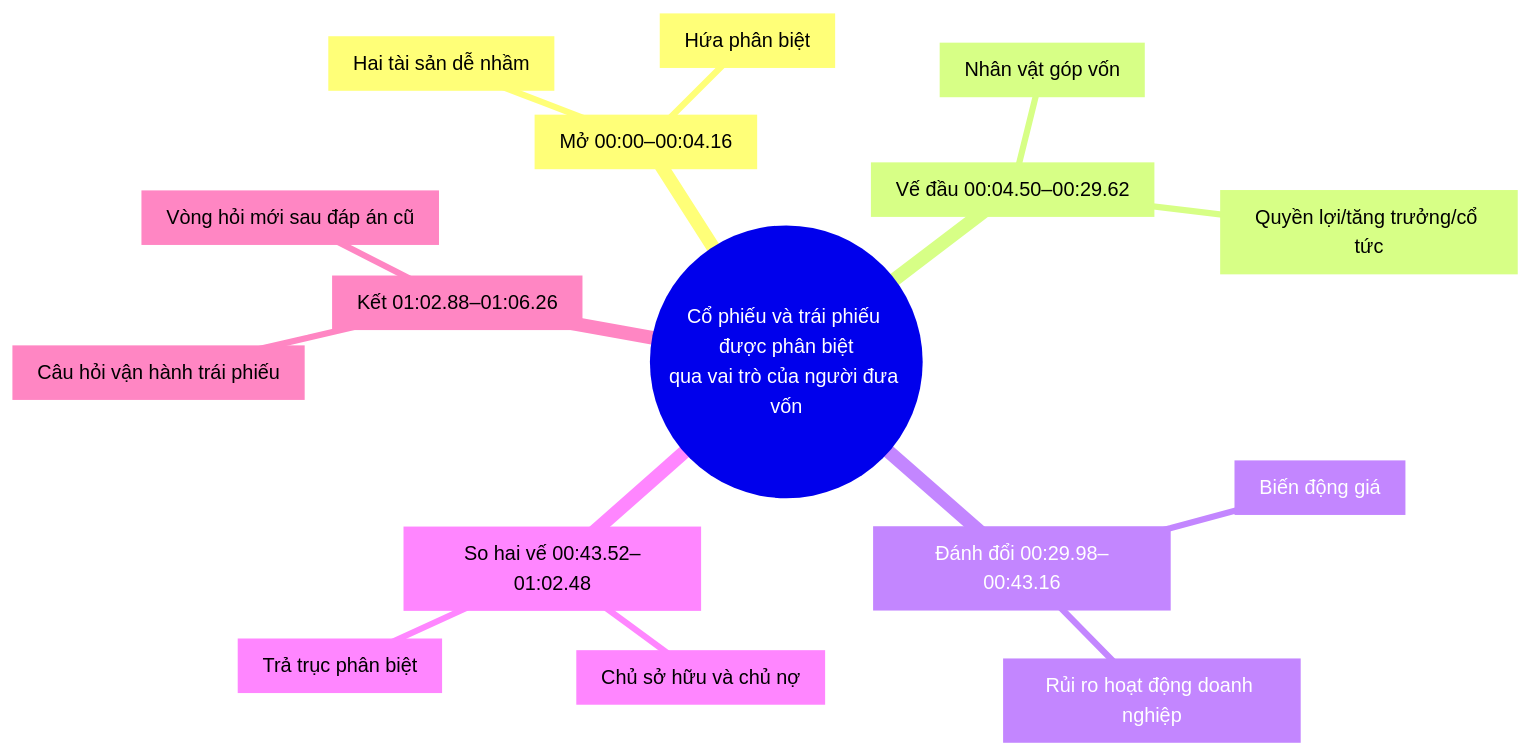
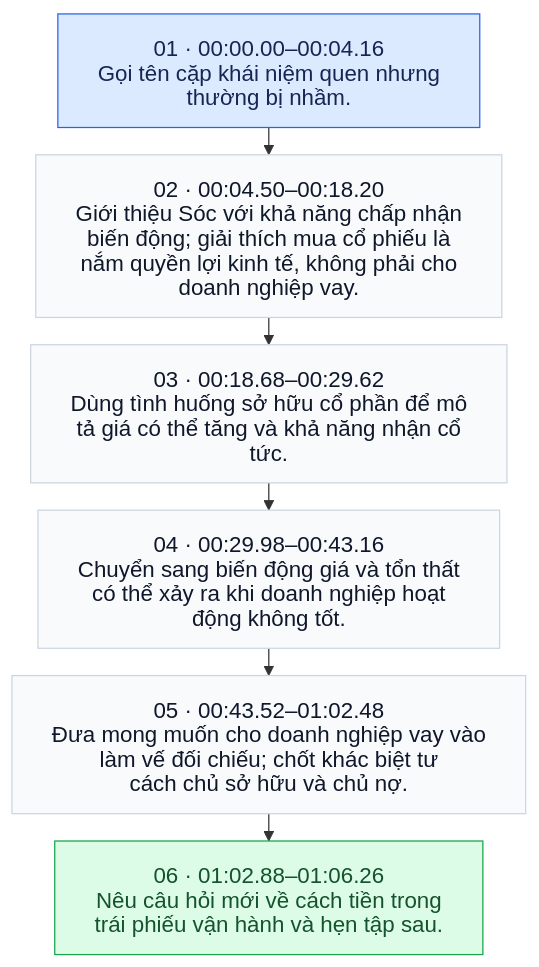
Before and after one commit to vilo0411/hook-script-kit: the diagram in skills/hook-script/references/corpus/cases/7683455896910908690.md, drawn with Mermaid. The commit also changed other lines of this file and 103 other files, not shown here.

Commit message:
Diversify Vietnamese clip sources and replace radial maps with story flows

````diff
--- a/skills/hook-script/references/corpus/cases/7683455896910908690.md
+++ b/skills/hook-script/references/corpus/cases/7683455896910908690.md
@@ -126,19 +17,21 @@
 ```mermaid
-mindmap
-  root((Cổ phiếu và trái phiếu được phân biệt<br/>qua vai trò của người đưa vốn))
-    b0["Mở 00:00–00:04.16"]
-      b0c0["Hai tài sản dễ nhầm"]
-      b0c1["Hứa phân biệt"]
-    b1["Vế đầu 00:04.50–00:29.62"]
-      b1c0["Nhân vật góp vốn"]
-      b1c1["Quyền lợi/tăng trưởng/cổ tức"]
-    b2["Đánh đổi 00:29.98–00:43.16"]
-      b2c0["Biến động giá"]
-      b2c1["Rủi ro hoạt động doanh nghiệp"]
-    b3["So hai vế 00:43.52–01:02.48"]
-      b3c0["Chủ sở hữu và chủ nợ"]
-      b3c1["Trả trục phân biệt"]
-    b4["Kết 01:02.88–01:06.26"]
-      b4c0["Câu hỏi vận hành trái phiếu"]
-      b4c1["Vòng hỏi mới sau đáp án cũ"]
+%%{init: {"htmlLabels": false, "themeVariables": {"fontSize": "18px"}, "flowchart": {"padding": 16, "rankSpacing": 22, "wrappingWidth": 360}}}%%
+flowchart TD
+  n0["01 · 00:00.00–00:04.16<br/>Gọi tên cặp khái niệm quen nhưng<br/>thường bị nhầm."]
+  n1["02 · 00:04.50–00:18.20<br/>Giới thiệu Sóc với khả năng chấp nhận<br/>biến động; giải thích mua cổ phiếu là<br/>nắm quyền lợi kinh tế, không phải cho<br/>doanh nghiệp vay."]
+  n0 --> n1
+  n2["03 · 00:18.68–00:29.62<br/>Dùng tình huống sở hữu cổ phần để mô<br/>tả giá có thể tăng và khả năng nhận cổ<br/>tức."]
+  n1 --> n2
+  n3["04 · 00:29.98–00:43.16<br/>Chuyển sang biến động giá và tổn thất<br/>có thể xảy ra khi doanh nghiệp hoạt<br/>động không tốt."]
+  n2 --> n3
+  n4["05 · 00:43.52–01:02.48<br/>Đưa mong muốn cho doanh nghiệp vay vào<br/>làm vế đối chiếu; chốt khác biệt tư<br/>cách chủ sở hữu và chủ nợ."]
+  n3 --> n4
+  n5["06 · 01:02.88–01:06.26<br/>Nêu câu hỏi mới về cách tiền trong<br/>trái phiếu vận hành và hẹn tập sau."]
+  n4 --> n5
+  classDef phase fill:#F8FAFC,stroke:#CBD5E1,color:#0F172A,font-size:18px;
+  classDef opening fill:#DBEAFE,stroke:#2563EB,color:#172554,font-size:18px;
+  classDef ending fill:#DCFCE7,stroke:#16A34A,color:#14532D,font-size:18px;
+  class n0,n1,n2,n3,n4,n5 phase;
+  class n0 opening;
+  class n5 ending;
 ```
````
